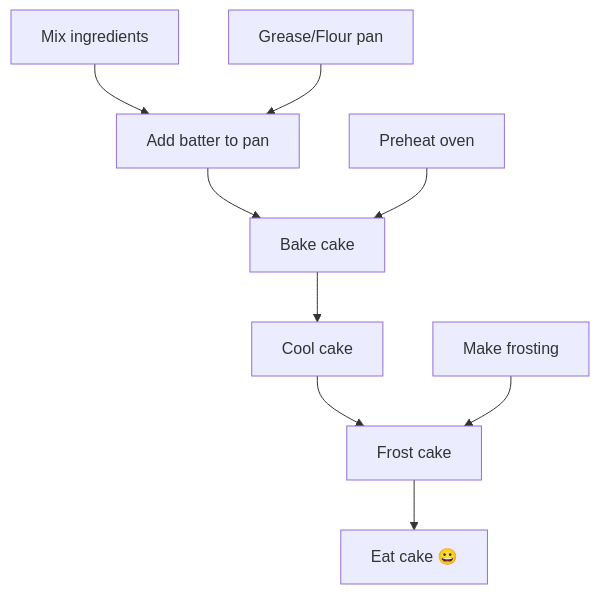
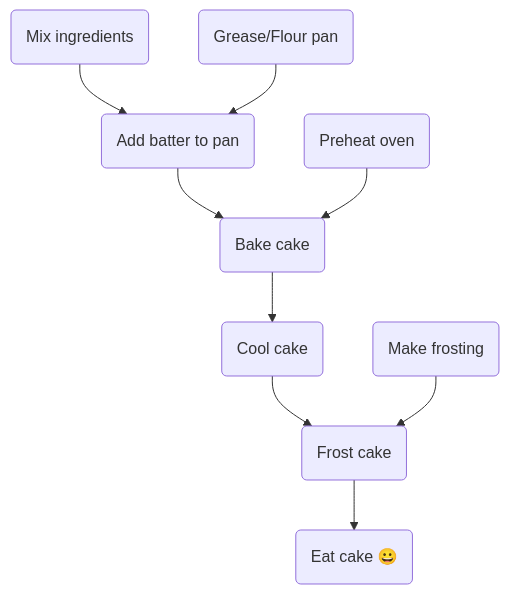
The diagram in README.md (sweinst/Grafology), drawn with Mermaid before and after one commit.

Commit message:
Better diagram

````diff
--- a/README.md
+++ b/README.md
@@ -41,11 +41,12 @@
 ```mermaid
+%%{init: {'themeVariables': {'fontSize': 8,'sectionFontSize': 8}}}%%
 graph TD;
-A[Mix ingredients] --> B[Add batter to pan] 
-C[Grease/Flour pan] --> B[Add batter to pan] 
-B[Add batter to pan] --> D[Bake cake] 
-E[Preheat oven] --> D[Bake cake] 
-D[Bake cake] --> F[Cool cake] 
-F[Cool cake] --> G[Frost cake] 
-H[Make frosting] --> G[Frost cake] 
-G[Frost cake] --> i[Eat cake 😀] 
+A(Mix ingredients) --> B(Add batter to pan) 
+C(Grease/Flour pan) --> B(Add batter to pan) 
+B(Add batter to pan) --> D(Bake cake) 
+E(Preheat oven) --> D(Bake cake) 
+D(Bake cake) --> F(Cool cake) 
+F(Cool cake) --> G(Frost cake) 
+H(Make frosting) --> G(Frost cake) 
+G(Frost cake) --> i(Eat cake 😀) 
 ```
````
